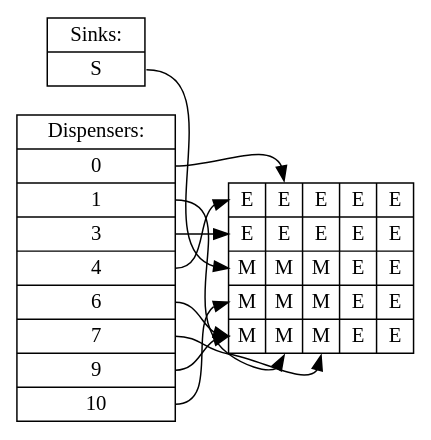
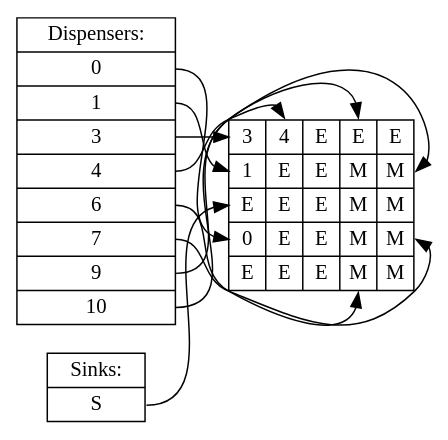
Before and after one commit to jiegec/OnePassSynthesisDMFB: the diagram in solutions/PCR/time3.dot, drawn with Graphviz. The commit also changed 31 other files, not shown here.

```diff
--- a/solutions/PCR/time3.dot
+++ b/solutions/PCR/time3.dot
@@ -1,14 +1,14 @@
 digraph step {rankdir=LR;node [shape=record,fontname="Inconsolata"];
-dispenser [label="Dispensers:|<d1>0|<d13>1|<d18>3|<d0>4|<d14>6|<d12>7|<d15>9|<d16>10"];
+dispenser [label="Dispensers:|<d16>0|<d18>1|<d0>3|<d1>4|<d11>6|<d8>7|<d6>9|<d3>10"];
 sink [label="Sinks:|<s17>S"];
-board [label="{<f00>E|<f01>E|<f02>E|<f03>E|<f04>E}|{<f10>E|<f11>E|<f12>E|<f13>E|<f14>E}|{<f20>M|<f21>M|<f22>M|<f23>E|<f24>E}|{<f30>M|<f31>M|<f32>M|<f33>E|<f34>E}|{<f40>M|<f41>M|<f42>M|<f43>E|<f44>E}"];
-dispenser:d1 -> board:f01
-dispenser:d13 -> board:f41
+board [label="{<f00>3|<f01>4|<f02>E|<f03>E|<f04>E}|{<f10>1|<f11>E|<f12>E|<f13>M|<f14>M}|{<f20>E|<f21>E|<f22>E|<f23>M|<f24>M}|{<f30>0|<f31>E|<f32>E|<f33>M|<f34>M}|{<f40>E|<f41>E|<f42>E|<f43>M|<f44>M}"];
+dispenser:d16 -> board:f30
 dispenser:d18 -> board:f10
 dispenser:d0 -> board:f00
-dispenser:d14 -> board:f40
-dispenser:d12 -> board:f42
-dispenser:d15 -> board:f40
-dispenser:d16 -> board:f30
+dispenser:d1 -> board:f01
+dispenser:d11 -> board:f43
+dispenser:d8 -> board:f34
+dispenser:d6 -> board:f14
+dispenser:d3 -> board:f03
 sink:s17 -> board:f20
 }
```
